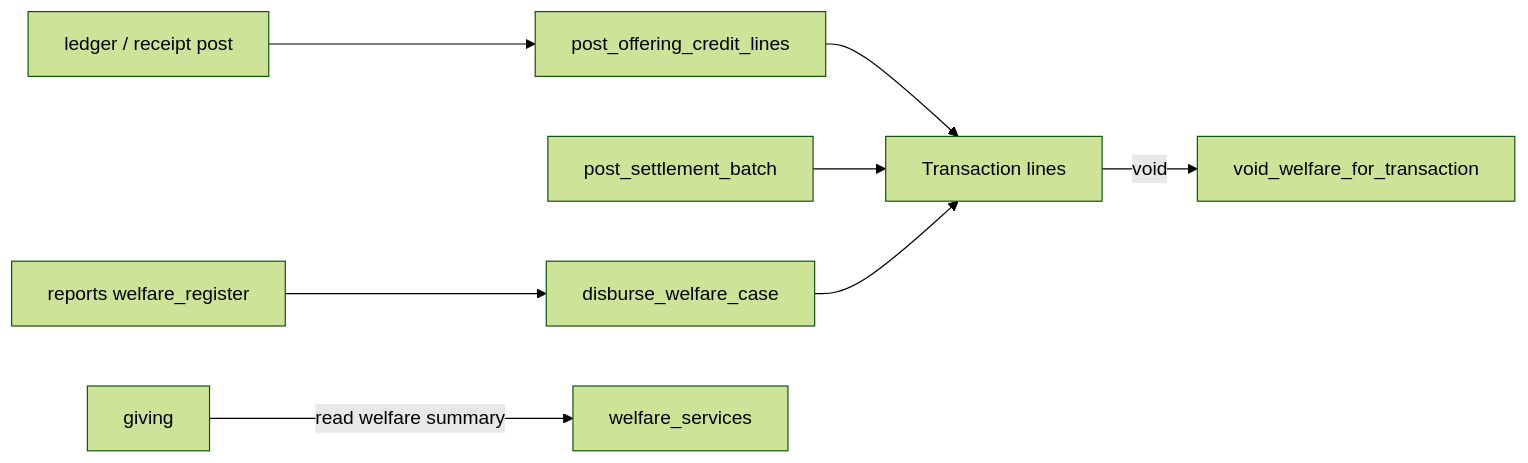
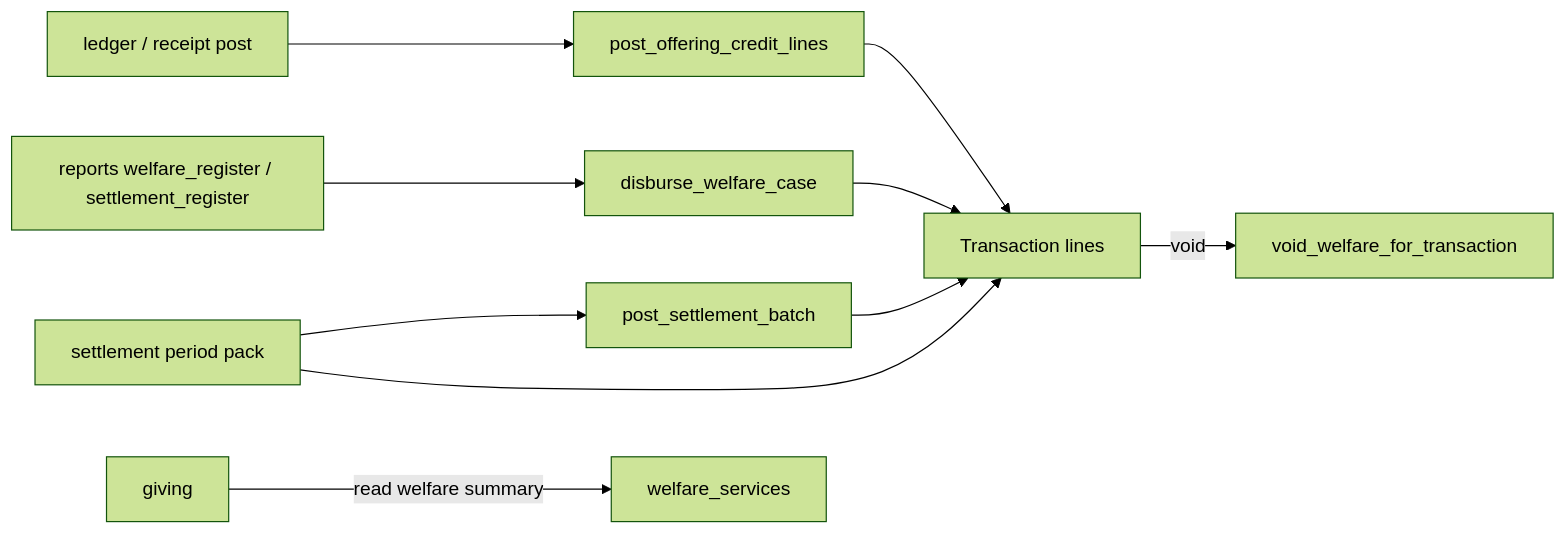
Before and after one commit to abrahamthompson46-alt/churchhub: the second of 2 diagrams in docs/MODULE_SPECIFICATIONS/REMITTANCE/remittance_spec.md, drawn with Mermaid (forest theme). The commit also changed other lines of this file and 13 other files, not shown here.

Commit message:
feat(remittance): add a scoped settlement period pack with print and exports

````diff
--- a/docs/MODULE_SPECIFICATIONS/REMITTANCE/remittance_spec.md
+++ b/docs/MODULE_SPECIFICATIONS/REMITTANCE/remittance_spec.md
@@ -163,10 +167,12 @@
 ```mermaid
 flowchart LR
   LED[ledger / receipt post] --> Split[post_offering_credit_lines]
   Split --> TXN[Transaction lines]
   SET[post_settlement_batch] --> TXN
   WEL[disburse_welfare_case] --> TXN
   TXN -->|void| VW[void_welfare_for_transaction]
   GIV[giving] -->|read welfare summary| WELSVC[welfare_services]
-  REP[reports welfare_register] --> WEL
+  REP[reports welfare_register / settlement_register] --> WEL
+  PACK[settlement period pack] --> SET
+  PACK --> TXN
 ```
````
